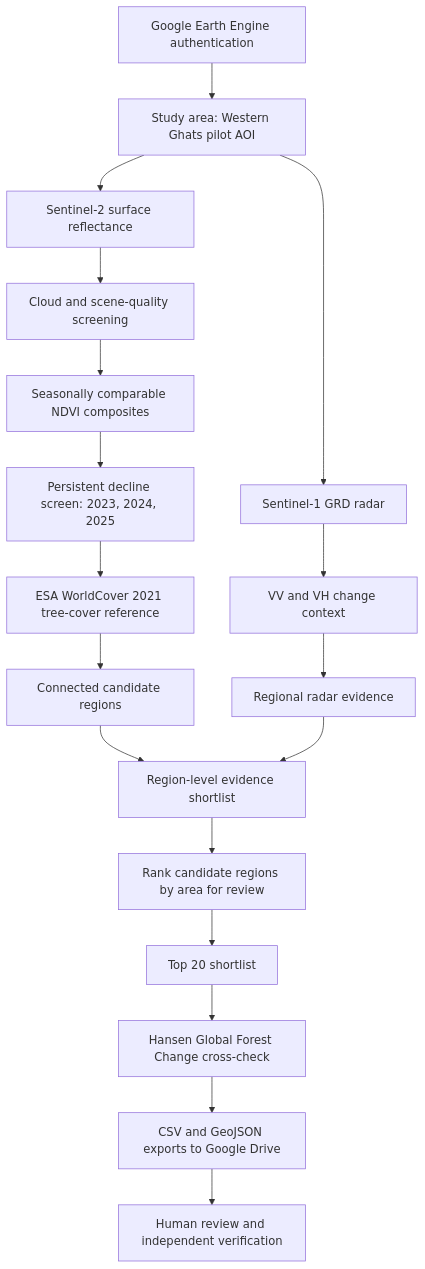
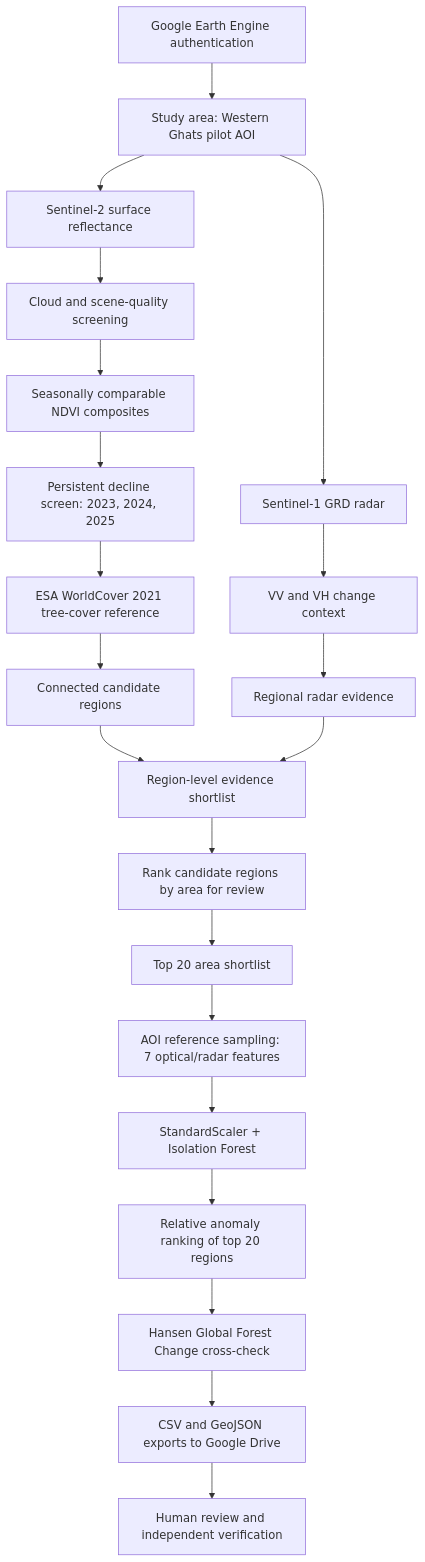
Before and after one commit to manjunathjadav360-rgb/ForestWatch-AI: the diagram in docs/architecture.md, drawn with Mermaid. The commit also changed other lines of this file, not shown here.

Commit message:
Update architecture with unsupervised ML stage

````diff
--- a/docs/architecture.md
+++ b/docs/architecture.md
@@ -5,20 +5,23 @@
 ```mermaid
 flowchart TD
     A[Google Earth Engine authentication] --> B[Study area: Western Ghats pilot AOI]
     B --> C[Sentinel-2 surface reflectance]
     B --> D[Sentinel-1 GRD radar]
     C --> E[Cloud and scene-quality screening]
     E --> F[Seasonally comparable NDVI composites]
     F --> G[Persistent decline screen: 2023, 2024, 2025]
     D --> H[VV and VH change context]
     G --> I[ESA WorldCover 2021 tree-cover reference]
     I --> J[Connected candidate regions]
     H --> K[Regional radar evidence]
     J --> L[Region-level evidence shortlist]
     K --> L
     L --> M[Rank candidate regions by area for review]
-    M --> N[Top 20 shortlist]
-    N --> O[Hansen Global Forest Change cross-check]
-    O --> P[CSV and GeoJSON exports to Google Drive]
-    P --> Q[Human review and independent verification]
+    M --> N[Top 20 area shortlist]
+    N --> O[AOI reference sampling: 7 optical/radar features]
+    O --> P[StandardScaler + Isolation Forest]
+    P --> Q[Relative anomaly ranking of top 20 regions]
+    Q --> R[Hansen Global Forest Change cross-check]
+    R --> S[CSV and GeoJSON exports to Google Drive]
+    S --> T[Human review and independent verification]
 ```
````
